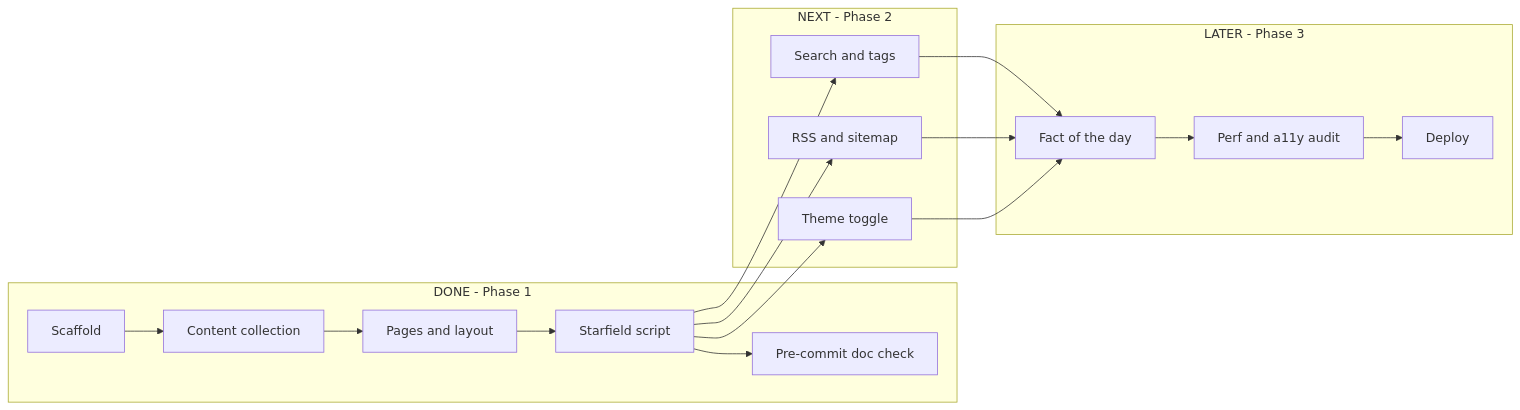
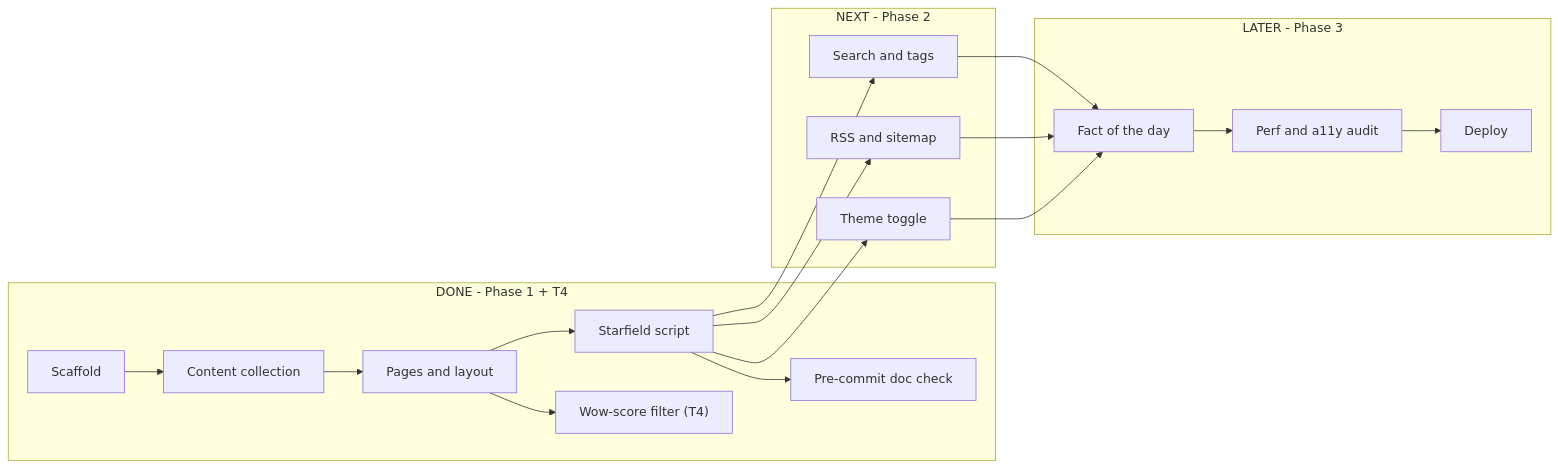
One commit to ehsankorhani/progress-hooks changed the second of 2 diagrams in doc/progress-indicator.md. Above: the diagram before and after it, drawn with Mermaid. The commit also changed other lines of this file and 3 other files, not shown here.

First line of the commit message:
Add wow-score sorting to the facts list (T4)

````diff
--- a/doc/progress-indicator.md
+++ b/doc/progress-indicator.md
@@ -67,30 +77,31 @@
 ```mermaid
 flowchart LR
-    subgraph done["DONE - Phase 1"]
+    subgraph done["DONE - Phase 1 + T4"]
         A["Scaffold"] --> B["Content collection"]
         B -->        C["Pages and layout"]
         C --> D["Starfield script"]
         D --> K["Pre-commit doc check"]
+        C --> L["Wow-score filter (T4)"]
     end
 
     subgraph next["NEXT - Phase 2"]
         E["Search and tags"]
         F["RSS and sitemap"]
         G["Theme toggle"]
     end
 
     subgraph later["LATER - Phase 3"]
         H["Fact of the day"]
         I["Perf and a11y audit"]
         J["Deploy"]
     end
 
     D --> E
     D --> F
     D --> G
     E --> H
     F --> H
     G --> H
     H --> I
     I --> J
 ```
````
